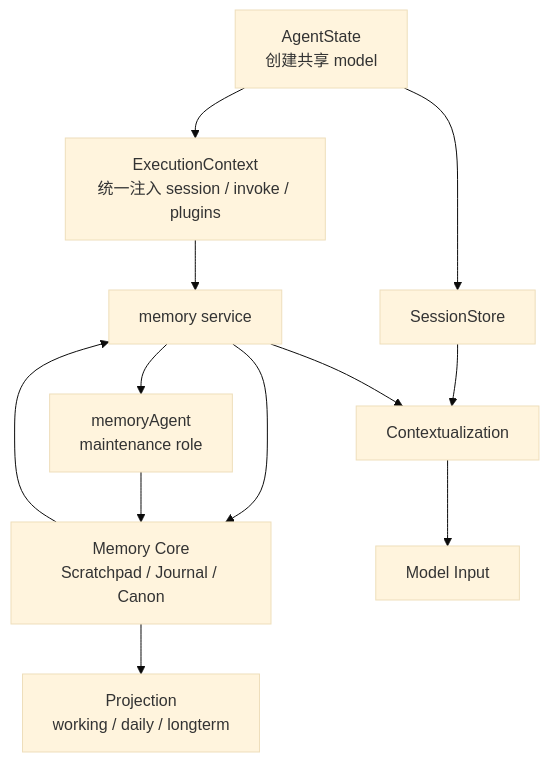
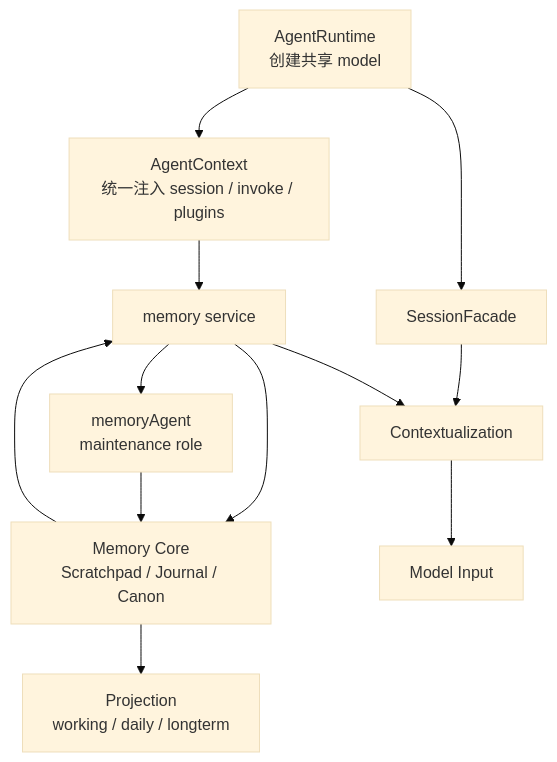
One commit to wangenius/downcity changed the diagram in homepage/content/devdocs/zh/memory/framework.mdx. Above: the diagram before and after it, drawn with Mermaid (base theme). The commit also changed other lines of this file and 419 other files, not shown here.

````diff
--- a/homepage/content/devdocs/zh/memory/framework.mdx
+++ b/homepage/content/devdocs/zh/memory/framework.mdx
@@ -66,24 +66,24 @@
 ```mermaid
 flowchart TD
-  AST["AgentState<br/>创建共享 model"]
-  ECTX["ExecutionContext<br/>统一注入 session / invoke / plugins"]
-  SESS["SessionStore"]
+  AST["AgentRuntime<br/>创建共享 model"]
+  ECTX["AgentContext<br/>统一注入 session / invoke / plugins"]
+  SESS["SessionFacade"]
   MS["memory service"]
   MA["memoryAgent<br/>maintenance role"]
   CORE["Memory Core<br/>Scratchpad / Journal / Canon"]
   VIEW["Projection<br/>working / daily / longterm"]
   CTX["Contextualization"]
   IN["Model Input"]
 
   AST --> ECTX
   AST --> SESS
   ECTX --> MS
   SESS --> CTX
   MS --> CTX
   CTX --> IN
   MS --> CORE
   MS --> MA
   MA --> CORE
   CORE --> VIEW
   CORE --> MS
 ```
````
